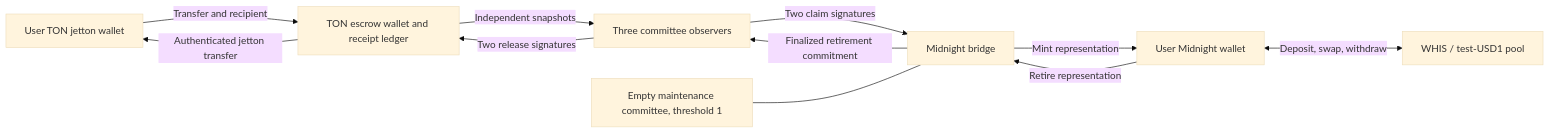
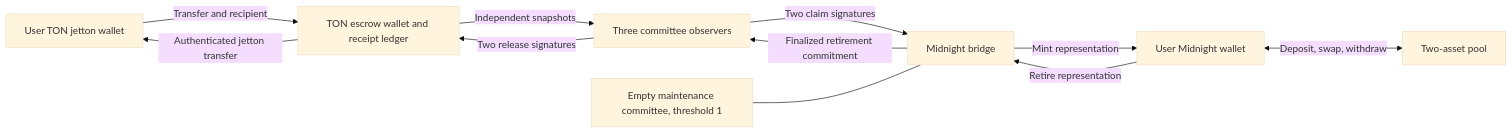
One commit to AlphaCompute/midnight-ton-bridge changed the diagram in docs/architecture.md. Above: the diagram before and after it, drawn with Mermaid (base theme). The commit also changed other lines of this file and 22 other files, not shown here.

````diff
--- a/docs/architecture.md
+++ b/docs/architecture.md
@@ -3,13 +3,13 @@
 ```mermaid
 flowchart LR
   User[User TON jetton wallet] -->|Transfer and recipient| Escrow[TON escrow wallet and receipt ledger]
   Escrow -->|Independent snapshots| Signers[Three committee observers]
   Signers -->|Two claim signatures| Midnight[Midnight bridge]
   Midnight -->|Mint representation| Wallet[User Midnight wallet]
-  Wallet <-->|Deposit, swap, withdraw| Pool[WHIS / test-USD1 pool]
+  Wallet <-->|Deposit, swap, withdraw| Pool[Two-asset pool]
   Wallet -->|Retire representation| Midnight
   Midnight -->|Finalized retirement commitment| Signers
   Signers -->|Two release signatures| Escrow
   Escrow -->|Authenticated jetton transfer| User
   Immutable[Empty maintenance committee, threshold 1] --- Midnight
 ```
````
